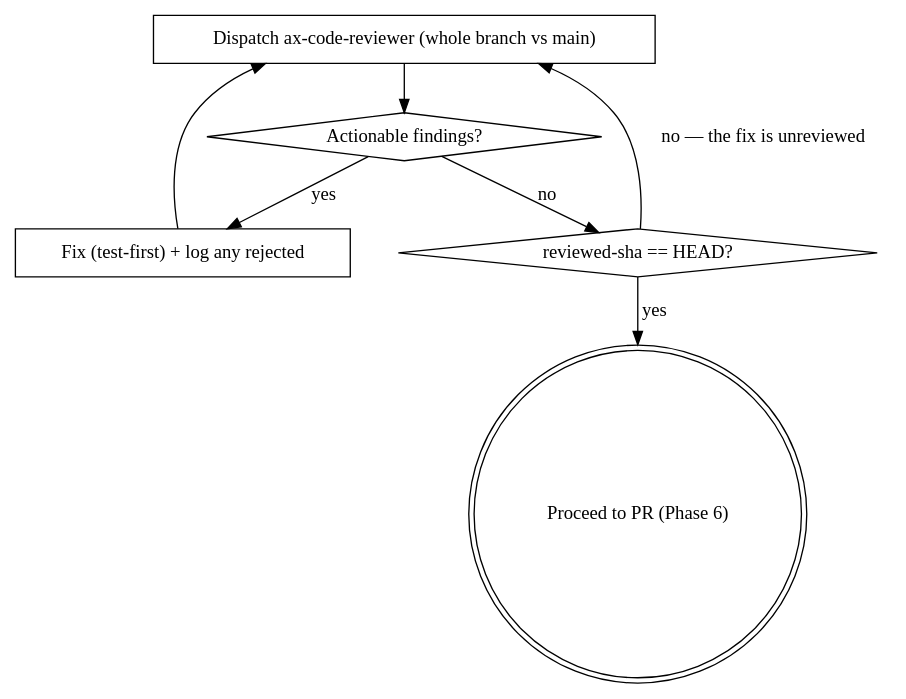
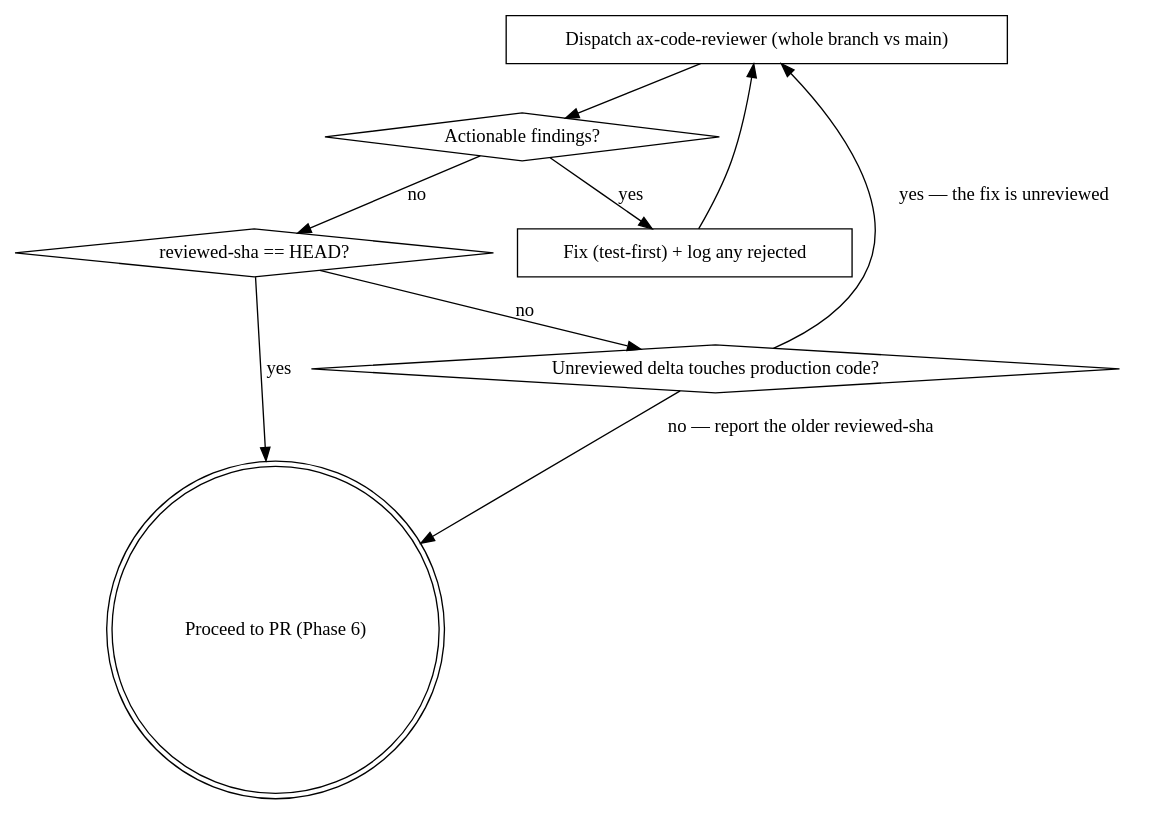
One commit to project-ax/ax-next changed the first of 2 diagrams in .claude/skills/yolo-ship/SKILL.md. Above: the diagram before and after it, drawn with Graphviz. The commit also changed other lines of this file and 3 other files, not shown here.

````diff
--- a/.claude/skills/yolo-ship/SKILL.md
+++ b/.claude/skills/yolo-ship/SKILL.md
@@ -135,16 +135,19 @@
 ```dot
 digraph review {
     "Dispatch ax-code-reviewer (whole branch vs main)" [shape=box];
     "Actionable findings?" [shape=diamond];
     "Fix (test-first) + log any rejected" [shape=box];
     "reviewed-sha == HEAD?" [shape=diamond];
+    "Unreviewed delta touches production code?" [shape=diamond];
     "Proceed to PR (Phase 6)" [shape=doublecircle];
 
     "Dispatch ax-code-reviewer (whole branch vs main)" -> "Actionable findings?";
     "Actionable findings?" -> "Fix (test-first) + log any rejected" [label="yes"];
     "Fix (test-first) + log any rejected" -> "Dispatch ax-code-reviewer (whole branch vs main)";
     "Actionable findings?" -> "reviewed-sha == HEAD?" [label="no"];
-    "reviewed-sha == HEAD?" -> "Dispatch ax-code-reviewer (whole branch vs main)" [label="no — the fix is unreviewed"];
     "reviewed-sha == HEAD?" -> "Proceed to PR (Phase 6)" [label="yes"];
+    "reviewed-sha == HEAD?" -> "Unreviewed delta touches production code?" [label="no"];
+    "Unreviewed delta touches production code?" -> "Dispatch ax-code-reviewer (whole branch vs main)" [label="yes — the fix is unreviewed"];
+    "Unreviewed delta touches production code?" -> "Proceed to PR (Phase 6)" [label="no — report the older reviewed-sha"];
 }
 ```
````
